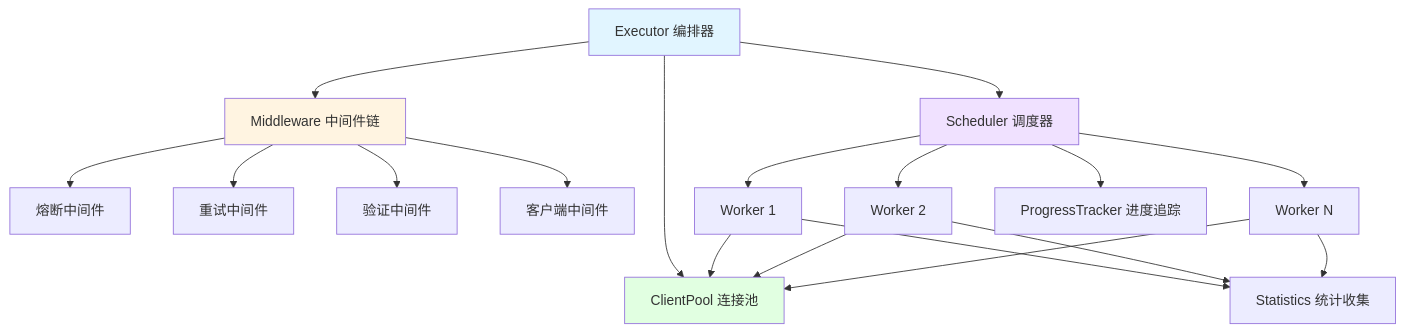
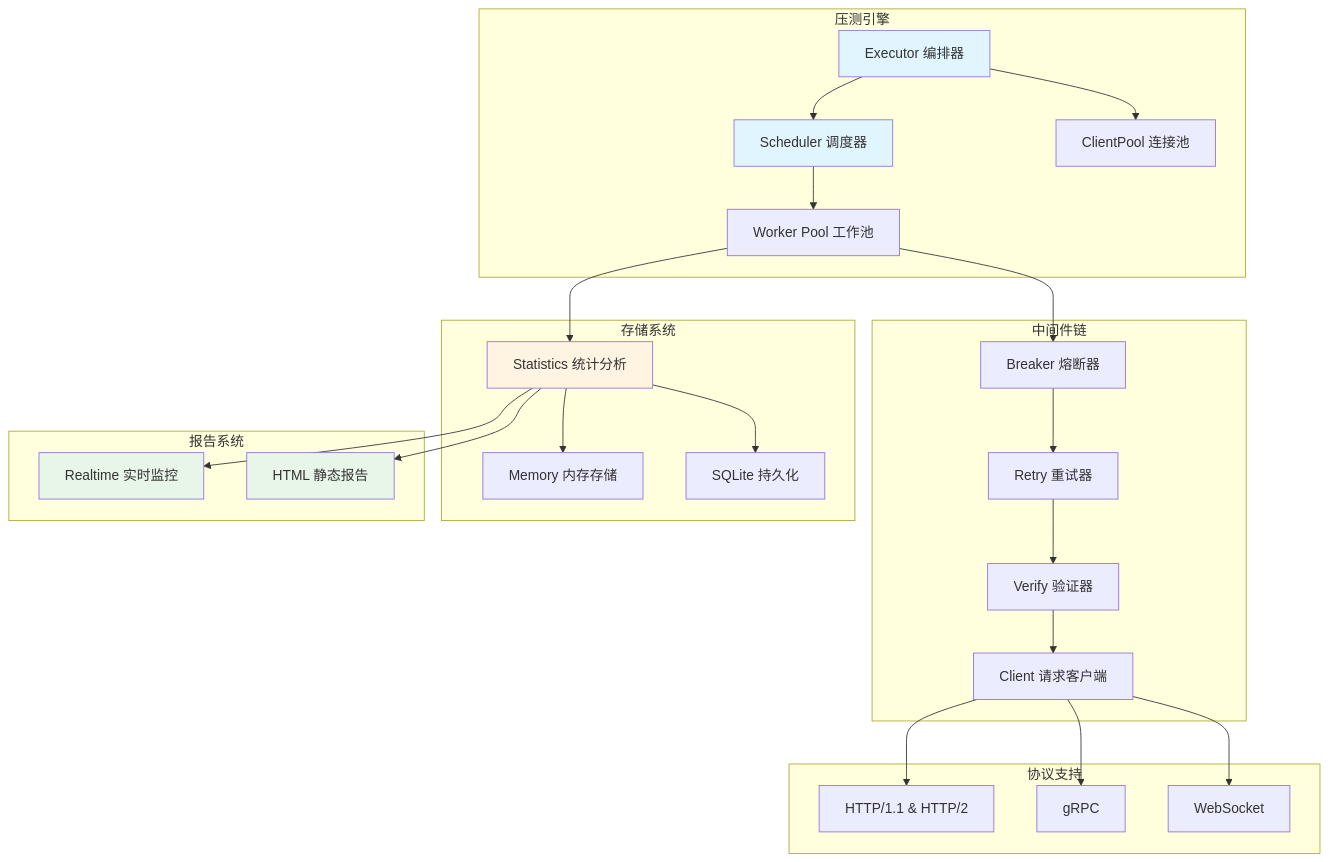
One commit to kamalyes/go-stress changed the diagram in README.md. Above: the diagram before and after it, drawn with Mermaid. The commit also changed other lines of this file and 25 other files, not shown here.

````diff
--- a/README.md
+++ b/README.md
@@ -38,29 +11,59 @@
 ```mermaid
 graph TB
-    A[Executor 编排器] --> B[ClientPool 连接池]
-    A --> C[Middleware 中间件链]
-    A --> D[Scheduler 调度器]
+    subgraph "压测引擎"
+        Executor[Executor 编排器]
+        Scheduler[Scheduler 调度器]
+        WorkerPool[Worker Pool 工作池]
+        ClientPool[ClientPool 连接池]
+    end
     
-    C --> C1[熔断中间件]
-    C --> C2[重试中间件]
-    C --> C3[验证中间件]
-    C --> C4[客户端中间件]
+    subgraph "中间件链"
+        Breaker[Breaker 熔断器]
+        Retry[Retry 重试器]
+        Verify[Verify 验证器]
+        Client[Client 请求客户端]
+    end
     
-    D --> E1[Worker 1]
-    D --> E2[Worker 2]
-    D --> E3[Worker N]
-    D --> F[ProgressTracker 进度追踪]
+    subgraph "协议支持"
+        HTTP[HTTP/1.1 & HTTP/2]
+        GRPC[gRPC]
+        WebSocket[WebSocket]
+    end
     
-    E1 --> B
-    E2 --> B
-    E3 --> B
+    subgraph "存储系统"
+        Memory[Memory 内存存储]
+        SQLite[SQLite 持久化]
+        Statistics[Statistics 统计分析]
+    end
     
-    E1 --> G[Statistics 统计收集]
-    E2 --> G
-    E3 --> G
+    subgraph "报告系统"
+        Realtime[Realtime 实时监控]
+        HTMLReport[HTML 静态报告]
+    end
     
-    style A fill:#e1f5ff
-    style C fill:#fff4e1
-    style D fill:#f0e1ff
-    style B fill:#e1ffe1
+    Executor --> Scheduler
+    Executor --> ClientPool
+    Scheduler --> WorkerPool
+    WorkerPool --> Breaker
+    
+    Breaker --> Retry
+    Retry --> Verify
+    Verify --> Client
+    
+    Client --> HTTP
+    Client --> GRPC
+    Client --> WebSocket
+    
+    WorkerPool --> Statistics
+    Statistics --> Memory
+    Statistics --> SQLite
+    
+    Statistics --> Realtime
+    Statistics --> HTMLReport
+    
+    style Executor fill:#e1f5ff
+    style Scheduler fill:#e1f5ff
+    style Statistics fill:#fff4e1
+    style Realtime fill:#e8f5e9
+    style HTMLReport fill:#e8f5e9
 ```
````
